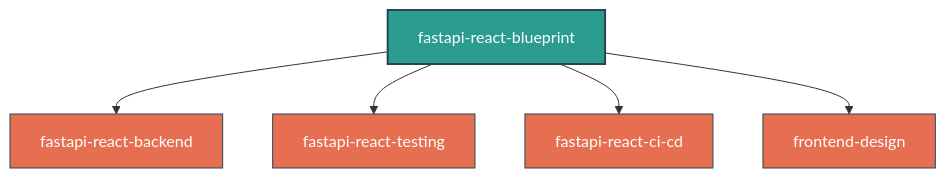
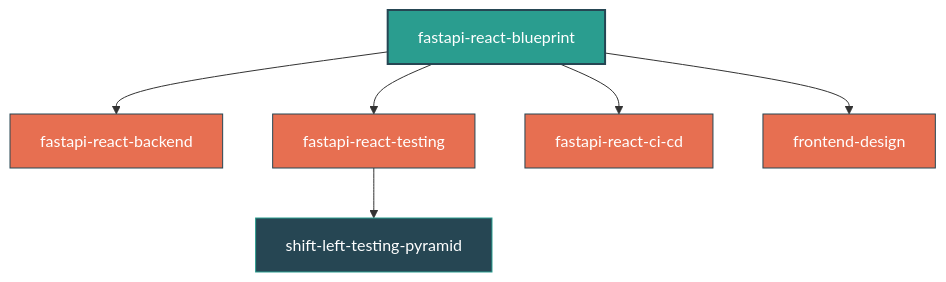
One commit to aivong/fastapi-react-blueprint changed the diagram in SKILL.md. Above: the diagram before and after it, drawn with Mermaid. The commit also changed other lines of this file and 2 other files, not shown here.

Commit message:
refactor: split testing into generic pyramid + stack-specific overlay
Extract tech-stack-agnostic 5-Tier Shift-Left Testing Pyramid from
fastapi-react-testing into its own skill (shift-left-testing-pyramid).

Refactor fastapi-react-testing v2.0.0 as a thin overlay that maps each
pyramid tier to specific FastAPI/React tools (ty, ruff, pytest, mutmut,
testcontainers-python, respx, Playwright, etc.).

Update blueprint to show the progressive disclosure chain:
  blueprint -> fastapi-react-testing -> shift-left-testing-pyramid

````diff
--- a/SKILL.md
+++ b/SKILL.md
@@ -43,12 +44,15 @@
 ```mermaid
 graph TD
     Blueprint[fastapi-react-blueprint] --> Backend[fastapi-react-backend]
     Blueprint --> Testing[fastapi-react-testing]
     Blueprint --> CICD[fastapi-react-ci-cd]
     Blueprint --> UI[frontend-design]
+    Testing --> Pyramid[shift-left-testing-pyramid]
     
     classDef main fill:#2a9d8f,color:#fff,stroke:#264653,stroke-width:2px;
     classDef sub fill:#e76f51,color:#fff,stroke:#264653,stroke-width:1px;
+    classDef generic fill:#264653,color:#fff,stroke:#2a9d8f,stroke-width:1px;
     class Blueprint main;
     class Backend,Testing,CICD,UI sub;
+    class Pyramid generic;
 ```
````
